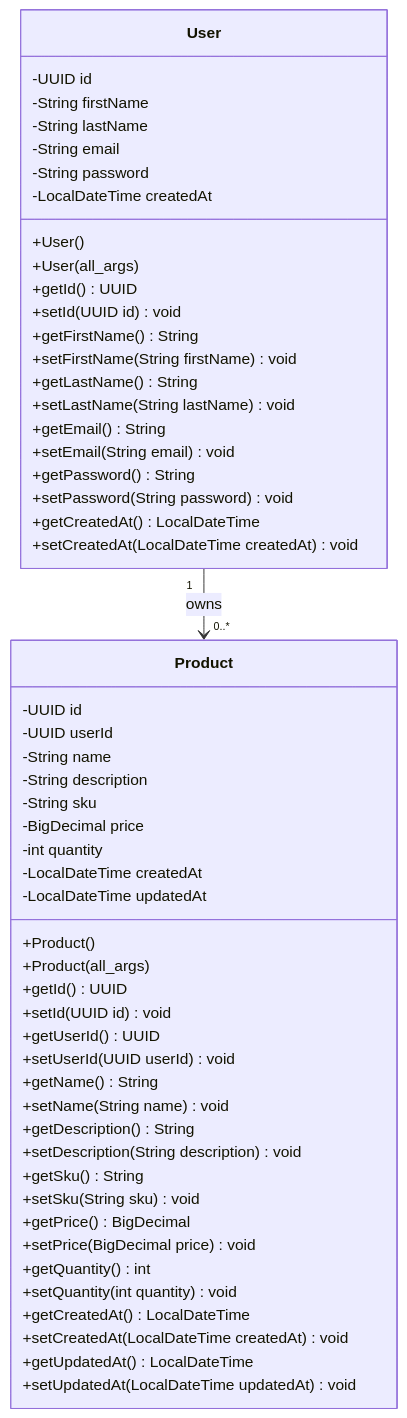
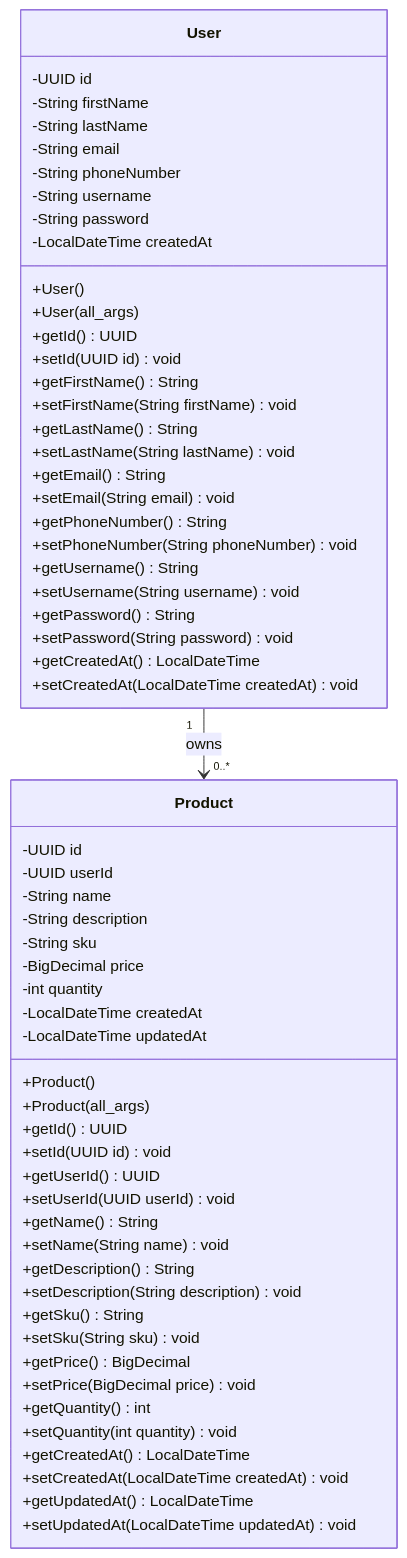
Before and after one commit to RCornidez/CST-339: the diagram in diagrams/uml/models.md, drawn with Mermaid. The commit also changed 3 other files, not shown here.

Commit message:
updated the schema.sql, seed.sql, and the diagrams (erd, uml/models) to reflect the proper field structure

````diff
--- a/diagrams/uml/models.md
+++ b/diagrams/uml/models.md
@@ -1,59 +1,65 @@
 ```mermaid
 classDiagram
     class User {
         -UUID id
         -String firstName
         -String lastName
         -String email
+        -String phoneNumber
+        -String username
         -String password
         -LocalDateTime createdAt
         +User()
         +User(all_args)
         +getId() UUID
         +setId(UUID id) void
         +getFirstName() String
         +setFirstName(String firstName) void
         +getLastName() String
         +setLastName(String lastName) void
         +getEmail() String
         +setEmail(String email) void
+        +getPhoneNumber() String
+        +setPhoneNumber(String phoneNumber) void
+        +getUsername() String
+        +setUsername(String username) void
         +getPassword() String
         +setPassword(String password) void
         +getCreatedAt() LocalDateTime
         +setCreatedAt(LocalDateTime createdAt) void
     }
 
     class Product {
         -UUID id
         -UUID userId
         -String name
         -String description
         -String sku
         -BigDecimal price
         -int quantity
         -LocalDateTime createdAt
         -LocalDateTime updatedAt
         +Product()
         +Product(all_args)
         +getId() UUID
         +setId(UUID id) void
         +getUserId() UUID
         +setUserId(UUID userId) void
         +getName() String
         +setName(String name) void
         +getDescription() String
         +setDescription(String description) void
         +getSku() String
         +setSku(String sku) void
         +getPrice() BigDecimal
         +setPrice(BigDecimal price) void
         +getQuantity() int
         +setQuantity(int quantity) void
         +getCreatedAt() LocalDateTime
         +setCreatedAt(LocalDateTime createdAt) void
         +getUpdatedAt() LocalDateTime
         +setUpdatedAt(LocalDateTime updatedAt) void
     }
 
     User "1" --> "0..*" Product : owns
 ```
````
